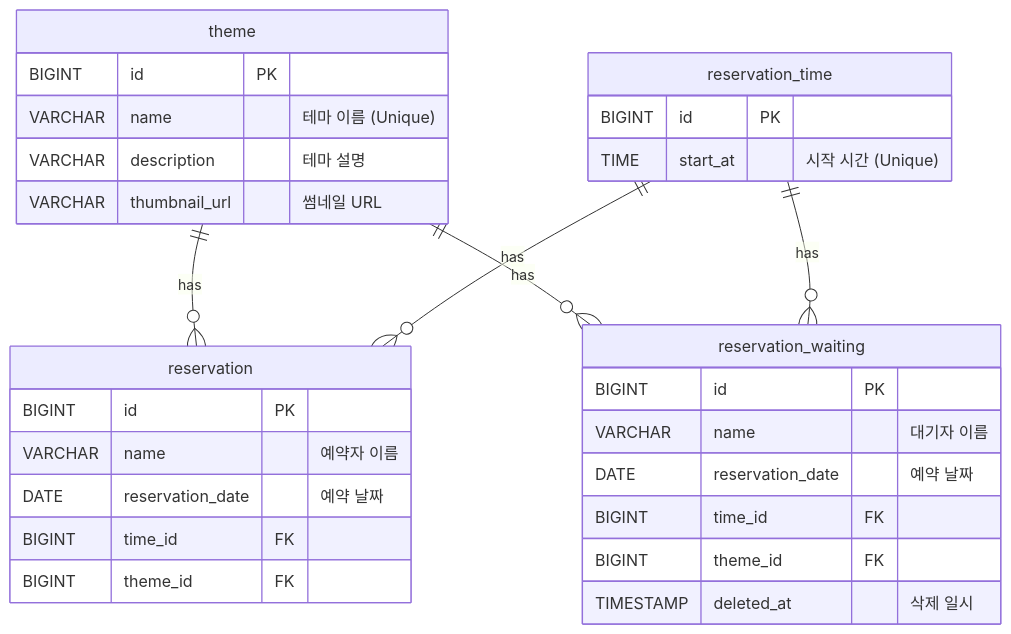
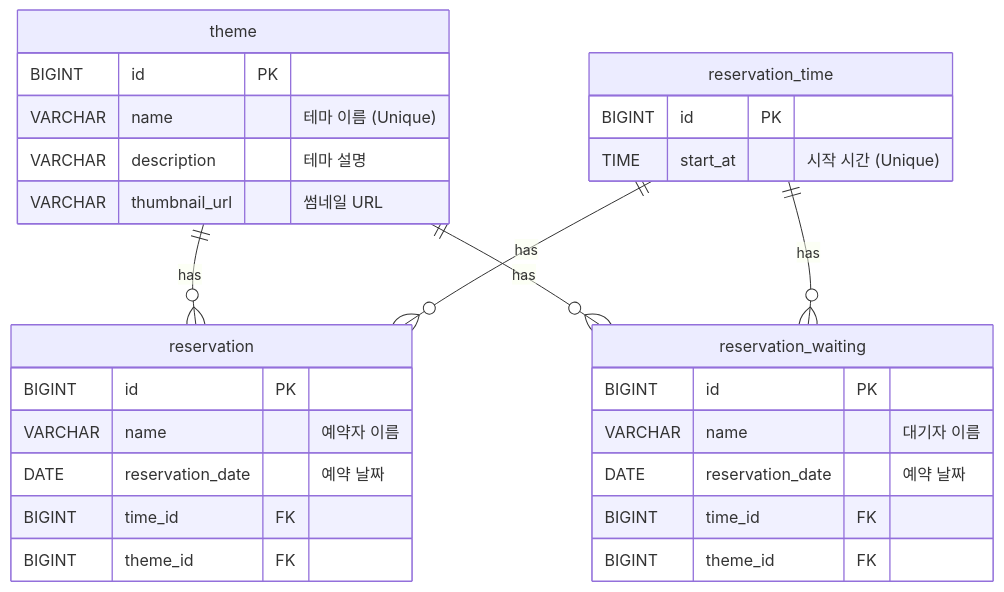
The diagram in README.md (woowacourse/spring-roomescape-waiting), drawn with Mermaid before and after one commit. The commit also changed 3 other files, not shown here.

Commit message:
refactor: remove unused deleted_at column from schema and code

````diff
--- a/README.md
+++ b/README.md
@@ -44,36 +44,35 @@
 ```mermaid
 erDiagram
     theme {
         BIGINT id PK
         VARCHAR name "테마 이름 (Unique)"
         VARCHAR description "테마 설명"
         VARCHAR thumbnail_url "썸네일 URL"
     }
     
     reservation_time {
         BIGINT id PK
         TIME start_at "시작 시간 (Unique)"
     }
     
     reservation {
         BIGINT id PK
         VARCHAR name "예약자 이름"
         DATE reservation_date "예약 날짜"
         BIGINT time_id FK
         BIGINT theme_id FK
     }
     
     reservation_waiting {
         BIGINT id PK
         VARCHAR name "대기자 이름"
         DATE reservation_date "예약 날짜"
         BIGINT time_id FK
         BIGINT theme_id FK
-        TIMESTAMP deleted_at "삭제 일시"
     }
 
     theme ||--o{ reservation : "has"
     reservation_time ||--o{ reservation : "has"
     theme ||--o{ reservation_waiting : "has"
     reservation_time ||--o{ reservation_waiting : "has"
 ```
````
